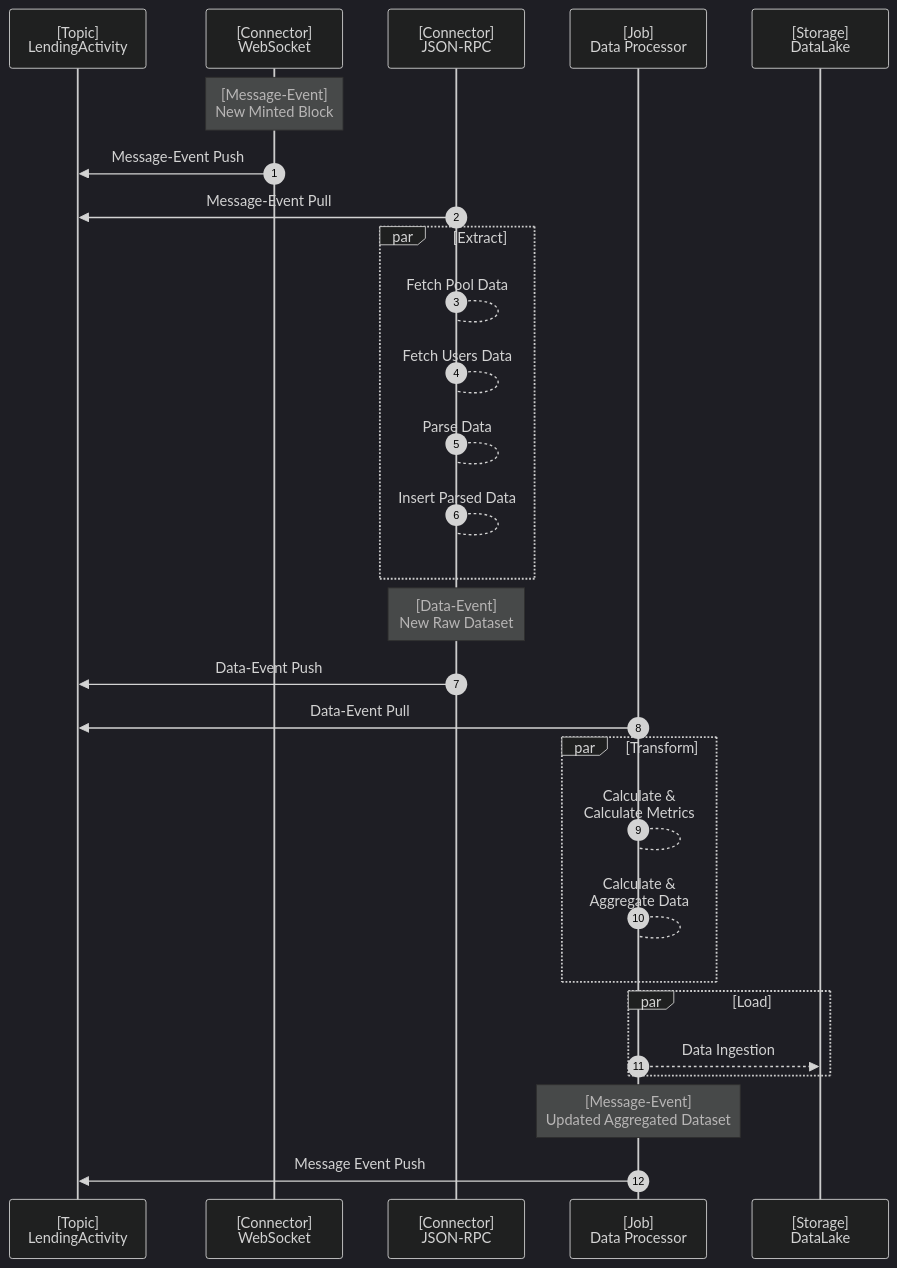
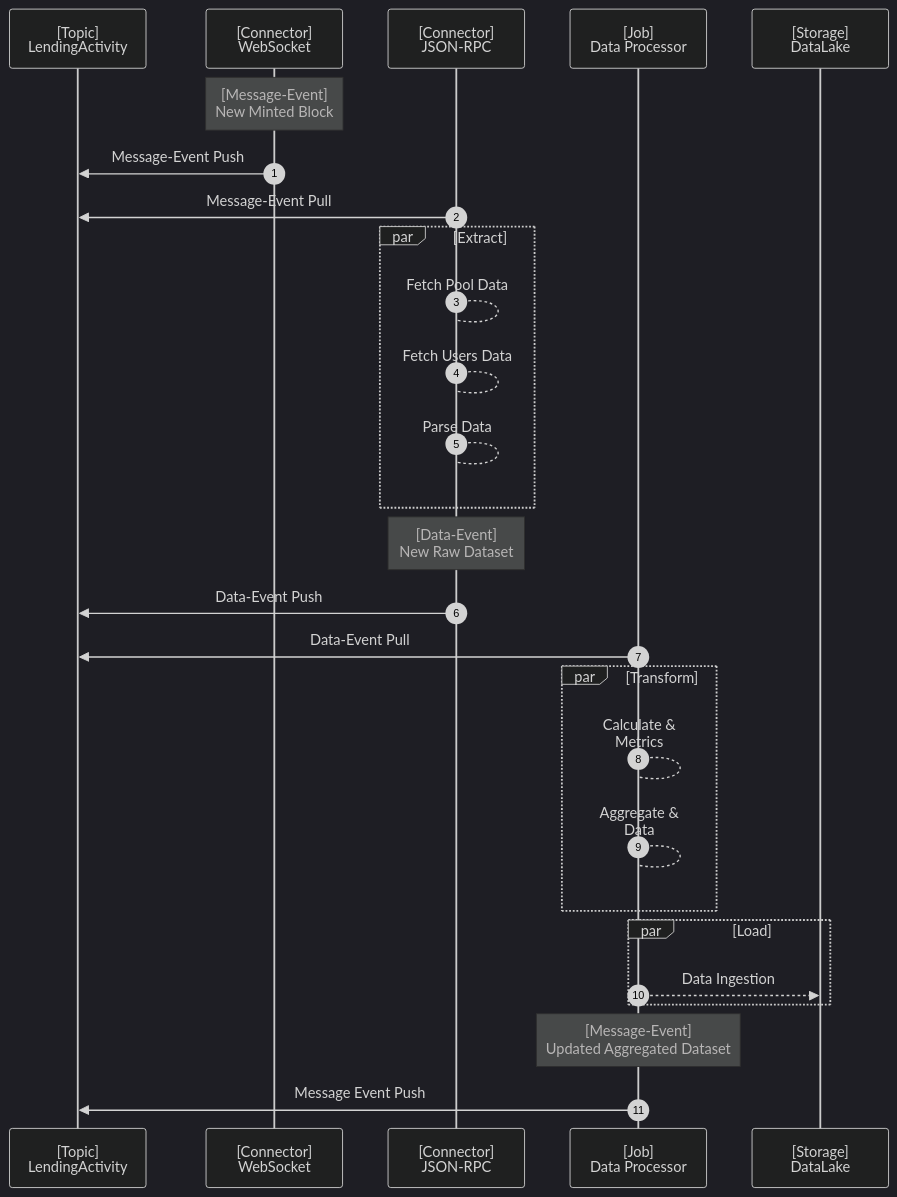
One commit to IFFranciscoME/Delorian changed the diagram in README.md. Above: the diagram before and after it, drawn with Mermaid (dark theme). The commit also changed 3 other files, not shown here.

````diff
--- a/README.md
+++ b/README.md
@@ -7,39 +7,38 @@
 ```mermaid
 sequenceDiagram
 autonumber
 
 participant Channel as [Topic] <br/> LendingActivity
 participant Connector-WebSocket as [Connector] <br/> WebSocket
 participant Connector-RPC as [Connector] <br/> JSON-RPC
 participant Job-ETL as [Job] <br/> Data Processor
 participant DL as [Storage] <br/> DataLake
 
 Note over Connector-WebSocket : [Message-Event] <br/> New Minted Block
 
 Connector-WebSocket ->> Channel: Message-Event Push
 Connector-RPC ->> Channel: Message-Event Pull
 
 par Extract
 	Connector-RPC --> Connector-RPC: Fetch Pool Data
 	Connector-RPC --> Connector-RPC: Fetch Users Data
 	Connector-RPC --> Connector-RPC: Parse Data
-	Connector-RPC --> Connector-RPC: Insert Parsed Data
 end
 
 Note over Connector-RPC : [Data-Event] <br/> New Raw Dataset
 Connector-RPC ->> Channel: Data-Event Push
 Job-ETL ->> Channel: Data-Event Pull
 
 par Transform
-	Job-ETL --> Job-ETL: Calculate & <br/>  Calculate Metrics
-	Job-ETL --> Job-ETL: Calculate & <br/>  Aggregate Data
+	Job-ETL --> Job-ETL: Calculate & <br/> Metrics
+	Job-ETL --> Job-ETL: Aggregate & <br/> Data
 end
 
 par Load
 	Job-ETL -->> DL: Data Ingestion
 end
 
 Note over Job-ETL : [Message-Event] <br/> Updated Aggregated Dataset
 
 Job-ETL ->> Channel: Message Event Push
 ```
````
